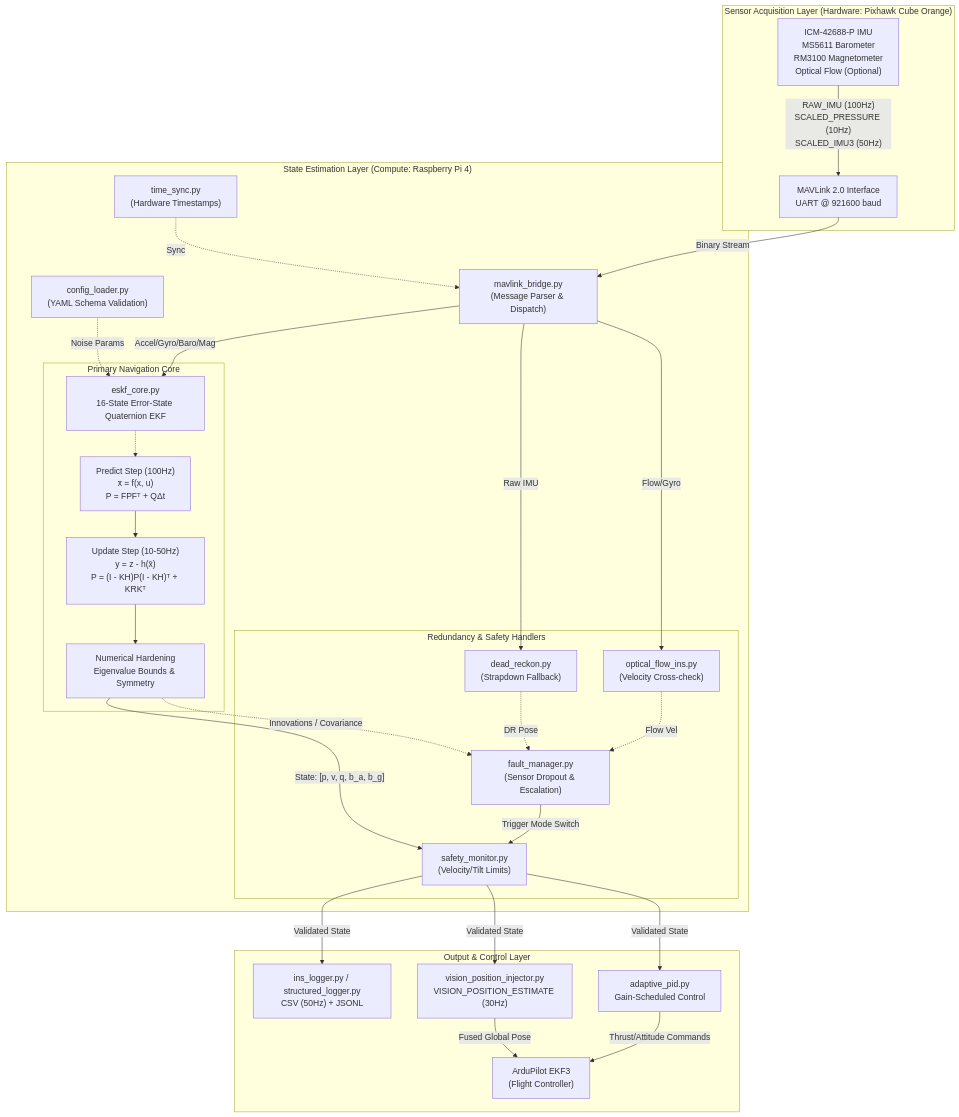
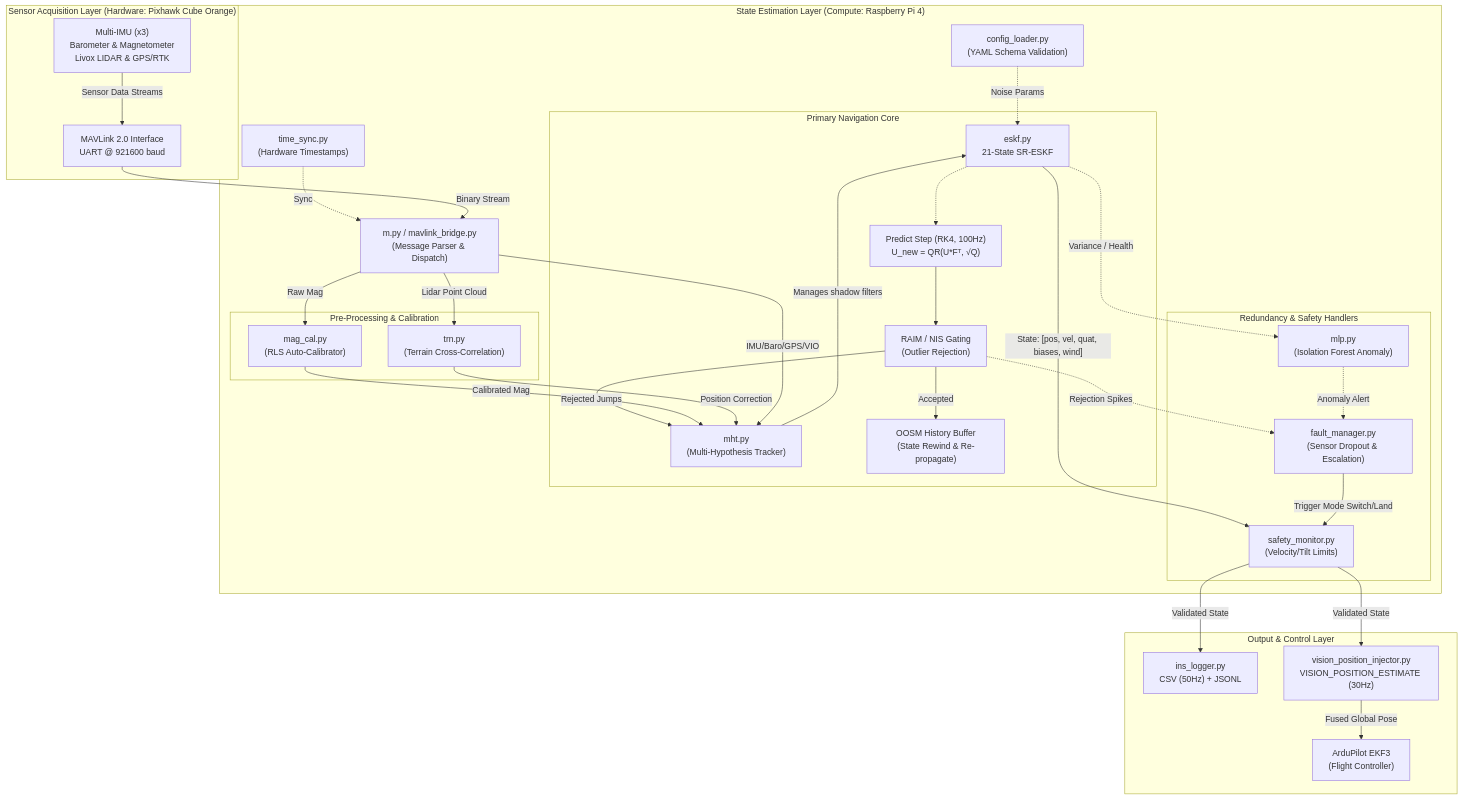
One commit to ARYA-mgc/NavCore-Pixhawk changed the diagram in README.md. Above: the diagram before and after it, drawn with Mermaid. The commit also changed other lines of this file and 1 other file, not shown here.

Commit message:
Update Phase 3 features, README and documentation

````diff
--- a/README.md
+++ b/README.md
@@ -215,66 +214,73 @@
 ```mermaid
 graph TD
     %% Configuration & Time Sync
     Config["config_loader.py<br>(YAML Schema Validation)"]
     TimeSync["time_sync.py<br>(Hardware Timestamps)"]
 
     %% Sensor Layer (Hardware)
     subgraph "Sensor Acquisition Layer (Hardware: Pixhawk Cube Orange)"
-        PX4["ICM-42688-P IMU<br>MS5611 Barometer<br>RM3100 Magnetometer<br>Optical Flow (Optional)"]
+        PX4["Multi-IMU (x3)<br>Barometer & Magnetometer<br>Livox LIDAR & GPS/RTK"]
         MAV["MAVLink 2.0 Interface<br>UART @ 921600 baud"]
-        PX4 -- "RAW_IMU (100Hz)<br>SCALED_PRESSURE (10Hz)<br>SCALED_IMU3 (50Hz)" --> MAV
+        PX4 -- "Sensor Data Streams" --> MAV
     end
 
     %% State Estimation (Raspberry Pi 4)
     subgraph "State Estimation Layer (Compute: Raspberry Pi 4)"
-        Bridge["mavlink_bridge.py<br>(Message Parser & Dispatch)"]
+        Bridge["m.py / mavlink_bridge.py<br>(Message Parser & Dispatch)"]
+        
+        subgraph "Pre-Processing & Calibration"
+            MagCal["mag_cal.py<br>(RLS Auto-Calibrator)"]
+            TRN["trn.py<br>(Terrain Cross-Correlation)"]
+        end
         
         subgraph "Primary Navigation Core"
-            ESKF["eskf_core.py<br>16-State Error-State Quaternion EKF"]
-            Predict["Predict Step (100Hz)<br>x̄ = f(x, u)<br>P = FPFᵀ + QΔt"]
-            Update["Update Step (10-50Hz)<br>y = z - h(x̄)<br>P = (I - KH)P(I - KH)ᵀ + KRKᵀ"]
-            Harden["Numerical Hardening<br>Eigenvalue Bounds & Symmetry"]
+            MHT["mht.py<br>(Multi-Hypothesis Tracker)"]
+            ESKF["eskf.py<br>21-State SR-ESKF"]
+            Predict["Predict Step (RK4, 100Hz)<br>U_new = QR(U*Fᵀ, √Q)"]
+            RAIM["RAIM / NIS Gating<br>(Outlier Rejection)"]
+            OOSM["OOSM History Buffer<br>(State Rewind & Re-propagate)"]
             
+            MHT --> |Manages shadow filters| ESKF
             ESKF -.-> Predict
-            Predict --> Update
-            Update --> Harden
+            Predict --> RAIM
+            RAIM --> |Accepted| OOSM
+            RAIM --> |Rejected Jumps| MHT
         end
 
         subgraph "Redundancy & Safety Handlers"
-            DR["dead_reckon.py<br>(Strapdown Fallback)"]
-            Flow["optical_flow_ins.py<br>(Velocity Cross-check)"]
+            MLP["mlp.py<br>(Isolation Forest Anomaly)"]
             Fault["fault_manager.py<br>(Sensor Dropout & Escalation)"]
             Safety["safety_monitor.py<br>(Velocity/Tilt Limits)"]
         end
         
         Config -. "Noise Params" .-> ESKF
         TimeSync -. "Sync" .-> Bridge
         MAV -- "Binary Stream" --> Bridge
         
-        Bridge -- "Accel/Gyro/Baro/Mag" --> ESKF
-        Bridge -- "Raw IMU" --> DR
-        Bridge -- "Flow/Gyro" --> Flow
+        Bridge -- "Raw Mag" --> MagCal
+        Bridge -- "Lidar Point Cloud" --> TRN
         
-        Harden -- "State: [p, v, q, b_a, b_g]" --> Safety
-        Flow -. "Flow Vel" .-> Fault
-        DR -. "DR Pose" .-> Fault
-        Harden -. "Innovations / Covariance" .-> Fault
+        MagCal -- "Calibrated Mag" --> MHT
+        TRN -- "Position Correction" --> MHT
+        Bridge -- "IMU/Baro/GPS/VIO" --> MHT
         
-        Fault -- "Trigger Mode Switch" --> Safety
+        ESKF -- "State: [pos, vel, quat, biases, wind]" --> Safety
+        ESKF -. "Variance / Health" .-> MLP
+        MLP -. "Anomaly Alert" .-> Fault
+        RAIM -. "Rejection Spikes" .-> Fault
+        
+        Fault -- "Trigger Mode Switch/Land" --> Safety
     end
 
     %% Output Distribution
     subgraph "Output & Control Layer"
-        Log["ins_logger.py / structured_logger.py<br>CSV (50Hz) + JSONL"]
+        Log["ins_logger.py<br>CSV (50Hz) + JSONL"]
         Vis["vision_position_injector.py<br>VISION_POSITION_ESTIMATE (30Hz)"]
-        Ctrl["adaptive_pid.py<br>Gain-Scheduled Control"]
         ArduPilot["ArduPilot EKF3<br>(Flight Controller)"]
         
         Safety -- "Validated State" --> Log
         Safety -- "Validated State" --> Vis
-        Safety -- "Validated State" --> Ctrl
         
         Vis -- "Fused Global Pose" --> ArduPilot
-        Ctrl -- "Thrust/Attitude Commands" --> ArduPilot
     end
 ```
````
